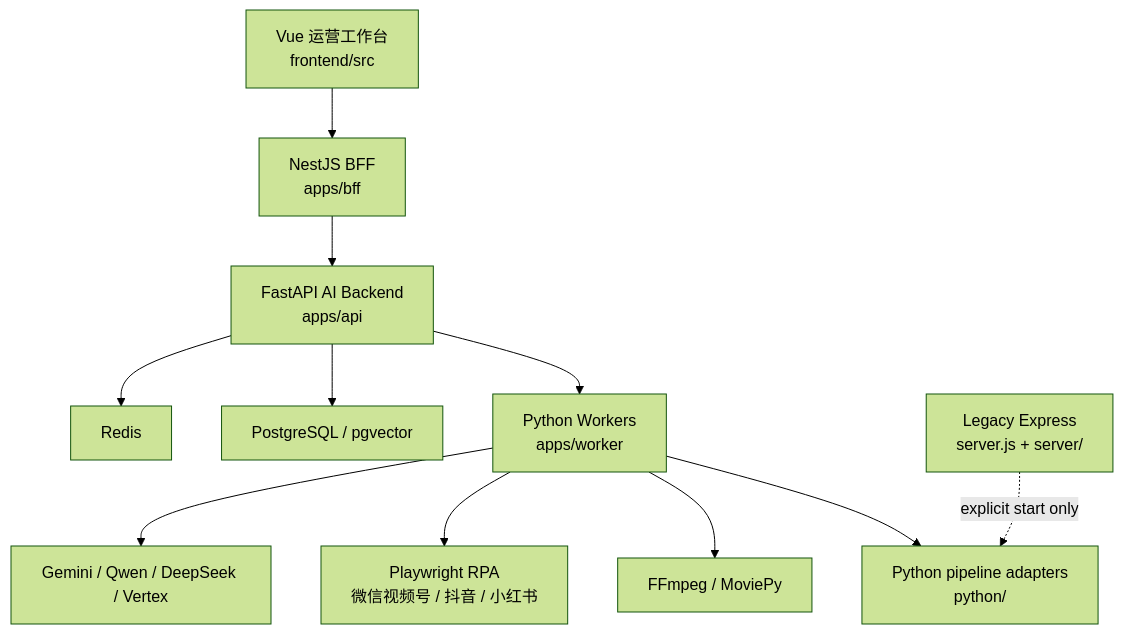
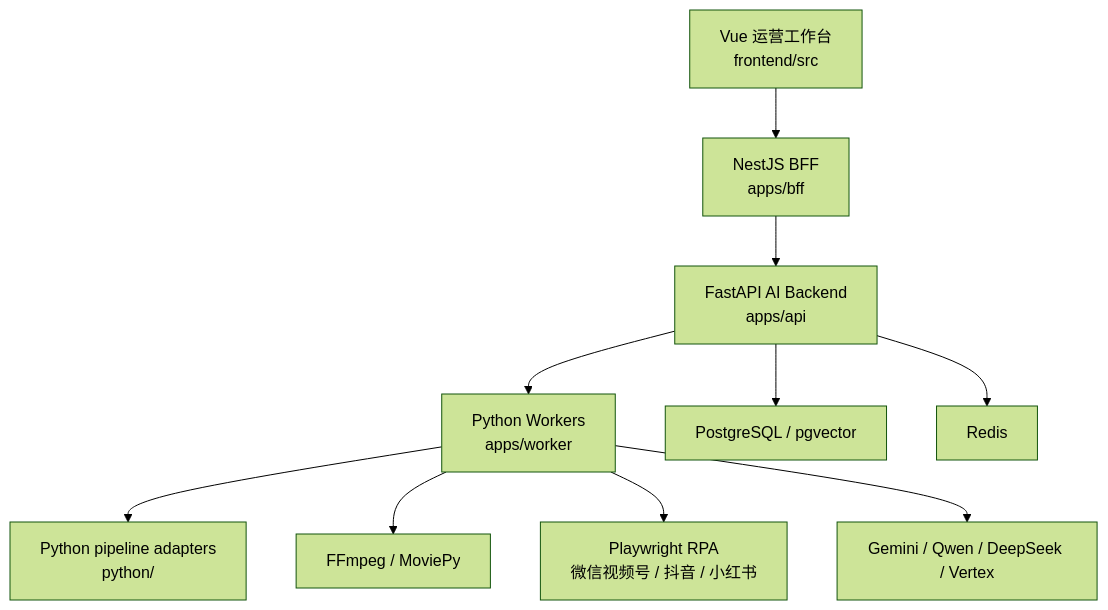
The second of 2 diagrams in README.md (HQAmenghen/TrendCut-Studio), drawn with Mermaid (forest theme) before and after one commit. The commit also changed other lines of this file and 167 other files, not shown here.

Commit message:
refactor: remove legacy express runtime tree

````diff
--- a/README.md
+++ b/README.md
@@ -62,13 +62,12 @@
 ```mermaid
 flowchart TB
   UI["Vue 运营工作台<br/>frontend/src"] --> BFF["NestJS BFF<br/>apps/bff"]
   BFF --> API["FastAPI AI Backend<br/>apps/api"]
   API --> Worker["Python Workers<br/>apps/worker"]
   API --> Pg["PostgreSQL / pgvector"]
   API --> Redis["Redis"]
   Worker --> Py["Python pipeline adapters<br/>python/"]
   Worker --> FFmpeg["FFmpeg / MoviePy"]
   Worker --> RPA["Playwright RPA<br/>微信视频号 / 抖音 / 小红书"]
   Worker --> LLM["Gemini / Qwen / DeepSeek / Vertex"]
-  Legacy["Legacy Express<br/>server.js + server/"] -. explicit start only .-> Py
 ```
````
